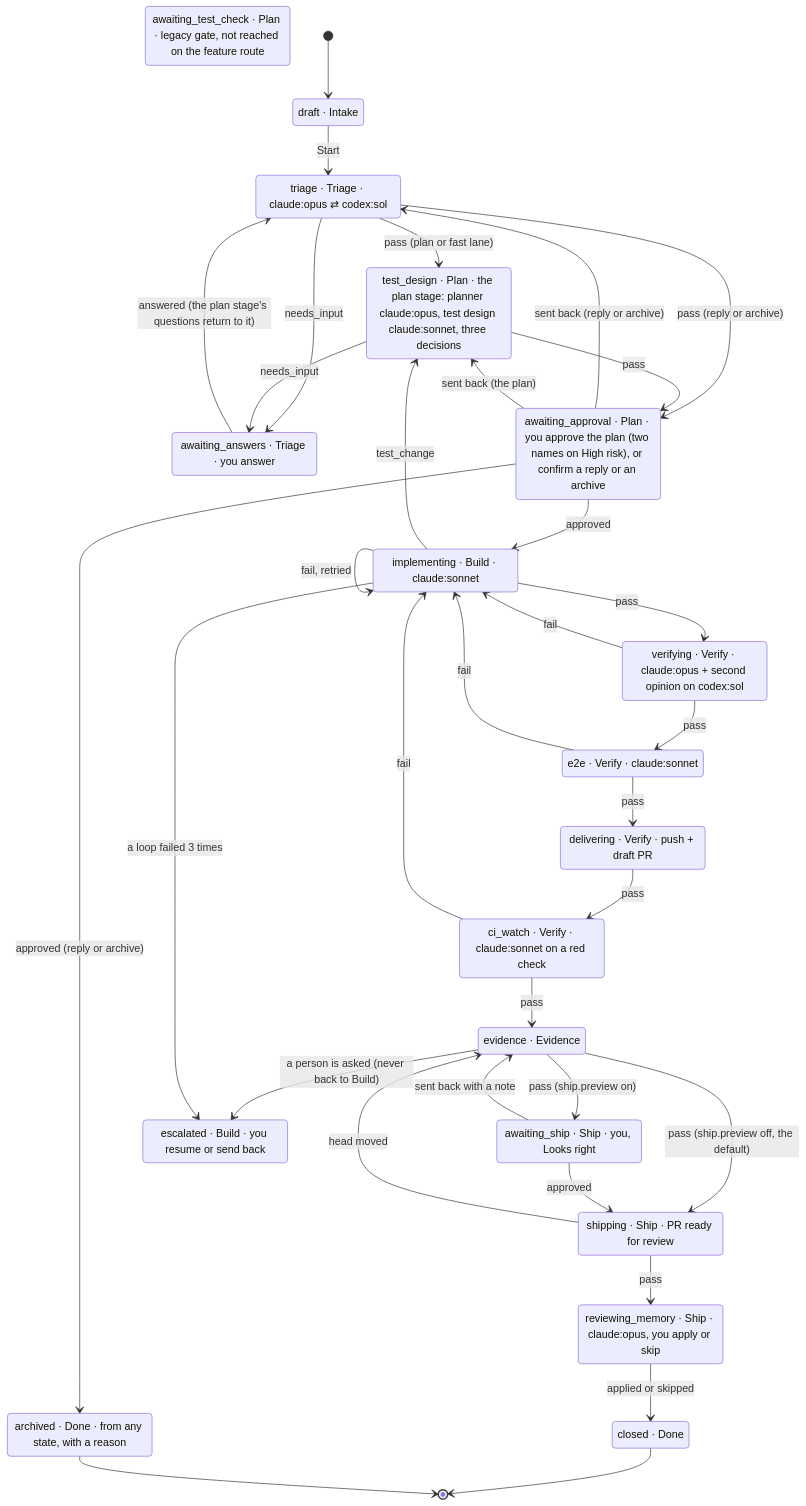
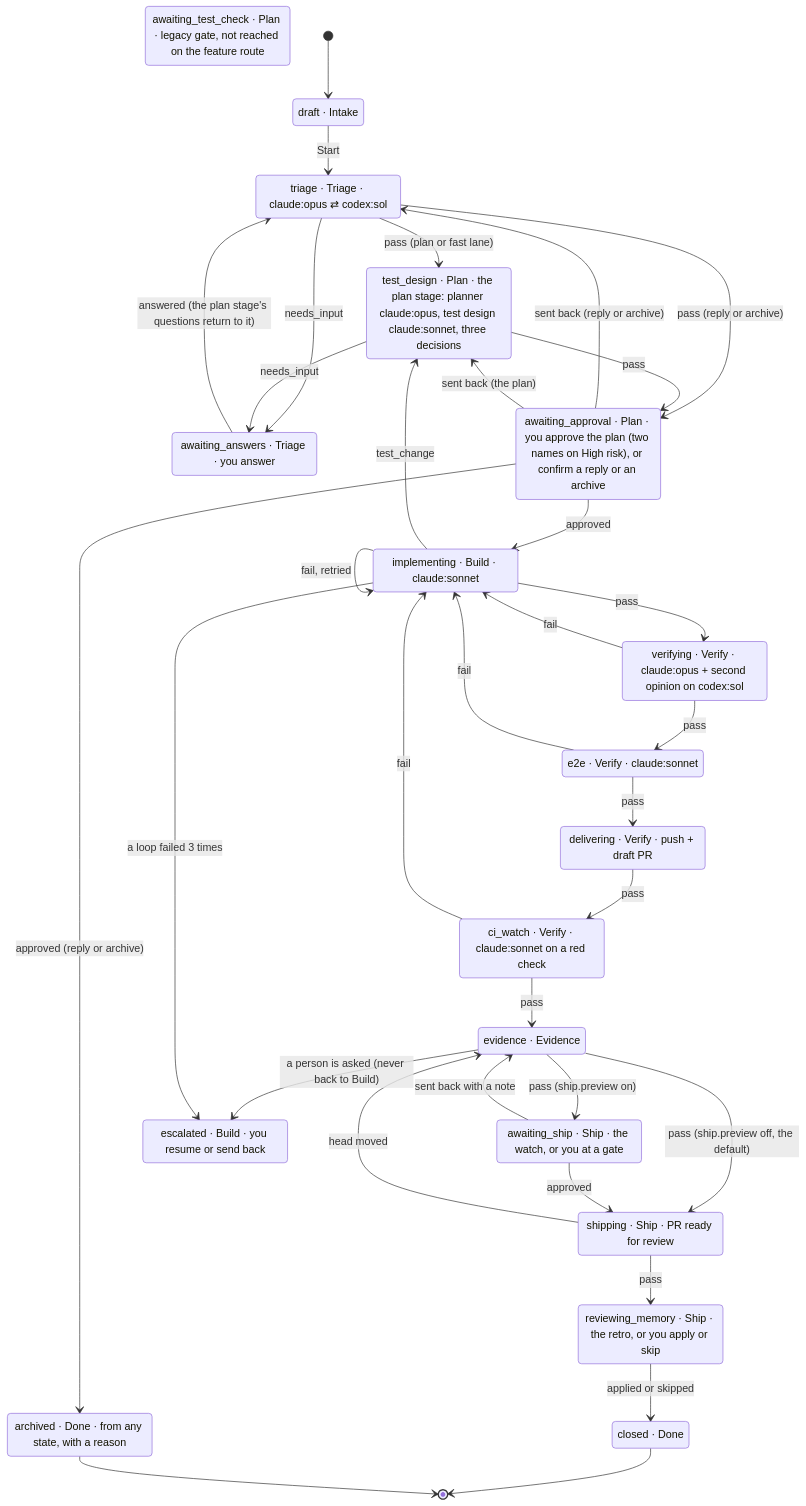
One commit to HigorAlves/luna-tui changed the second of 3 diagrams in docs/architecture.md. Above: the diagram before and after it, drawn with Mermaid. The commit also changed other lines of this file and 2 other files, not shown here.

Commit message:
docs: wave 13: ship as the v2.2 diagram draws it

````diff
--- a/docs/architecture.md
+++ b/docs/architecture.md
@@ -114,56 +120,56 @@
 ```mermaid
 stateDiagram-v2
   direction TB
   draft: draft · Intake
   triage: triage · Triage · claude:opus ⇄ codex:sol
   awaiting_answers: awaiting_answers · Triage · you answer
   awaiting_approval: awaiting_approval · Plan · you approve the plan (two names on High risk), or confirm a reply or an archive
   test_design: test_design · Plan · the plan stage: planner claude:opus, test design claude:sonnet, three decisions
   awaiting_test_check: awaiting_test_check · Plan · legacy gate, not reached on the feature route
   implementing: implementing · Build · claude:sonnet
   verifying: verifying · Verify · claude:opus + second opinion on codex:sol
   e2e: e2e · Verify · claude:sonnet
   delivering: delivering · Verify · push + draft PR
   ci_watch: ci_watch · Verify · claude:sonnet on a red check
   evidence: evidence · Evidence
-  awaiting_ship: awaiting_ship · Ship · you, Looks right
+  awaiting_ship: awaiting_ship · Ship · the watch, or you at a gate
   shipping: shipping · Ship · PR ready for review
-  reviewing_memory: reviewing_memory · Ship · claude:opus, you apply or skip
+  reviewing_memory: reviewing_memory · Ship · the retro, or you apply or skip
   escalated: escalated · Build · you resume or send back
   closed: closed · Done
   archived: archived · Done · from any state, with a reason
 
   [*] --> draft
   draft --> triage: Start
   triage --> awaiting_answers: needs_input
   awaiting_answers --> triage: answered (the plan stage's questions return to it)
   triage --> test_design: pass (plan or fast lane)
   triage --> awaiting_approval: pass (reply or archive)
   awaiting_approval --> triage: sent back (reply or archive)
   awaiting_approval --> archived: approved (reply or archive)
   test_design --> awaiting_approval: pass
   test_design --> awaiting_answers: needs_input
   awaiting_approval --> test_design: sent back (the plan)
   awaiting_approval --> implementing: approved
   implementing --> verifying: pass
   implementing --> implementing: fail, retried
   implementing --> test_design: test_change
   verifying --> e2e: pass
   e2e --> delivering: pass
   delivering --> ci_watch: pass
   ci_watch --> evidence: pass
   evidence --> shipping: pass (ship.preview off, the default)
   evidence --> awaiting_ship: pass (ship.preview on)
   verifying --> implementing: fail
   e2e --> implementing: fail
   ci_watch --> implementing: fail
   evidence --> escalated: a person is asked (never back to Build)
   awaiting_ship --> evidence: sent back with a note
   shipping --> evidence: head moved
   implementing --> escalated: a loop failed 3 times
   awaiting_ship --> shipping: approved
   shipping --> reviewing_memory: pass
   reviewing_memory --> closed: applied or skipped
   closed --> [*]
   archived --> [*]
 ```
````
